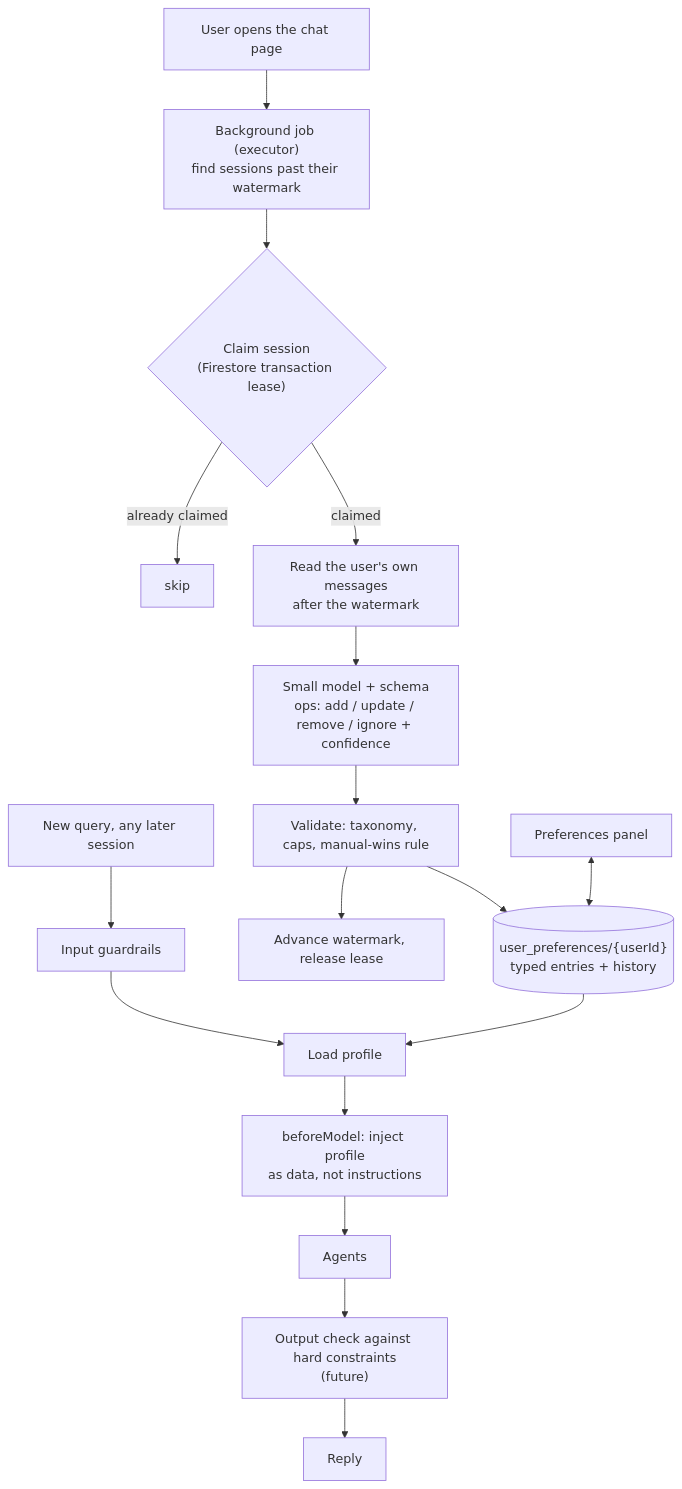
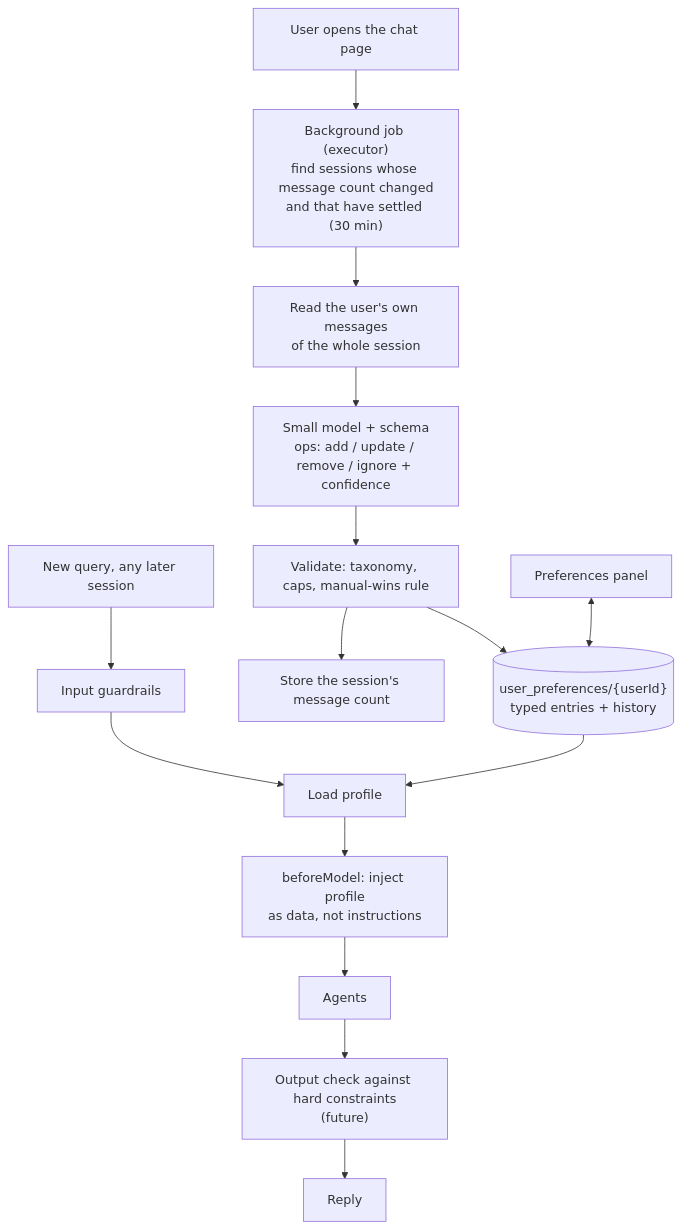
The diagram in docs/design/03-user-preferences-memory.md (Akash-repo/wealth-advisor), drawn with Mermaid before and after one commit. The commit also changed other lines of this file and 1 other file, not shown here.

Commit message:
Simplify the memory designs: message-count change check, no lease, topic-grouped episodes

````diff
--- a/docs/design/03-user-preferences-memory.md
+++ b/docs/design/03-user-preferences-memory.md
@@ -161,21 +168,19 @@
 ```mermaid
 flowchart TD
-    PL[User opens the chat page] --> JOB["Background job (executor)<br/>find sessions past their watermark"]
-    JOB --> LEASE{"Claim session<br/>(Firestore transaction lease)"}
-    LEASE -- already claimed --> SKIP[skip]
-    LEASE -- claimed --> READ["Read the user's own messages<br/>after the watermark"]
+    PL[User opens the chat page] --> JOB["Background job (executor)<br/>find sessions whose message count changed<br/>and that have settled (30 min)"]
+    JOB --> READ["Read the user's own messages<br/>of the whole session"]
     READ --> EXT["Small model + schema<br/>ops: add / update / remove / ignore + confidence"]
     EXT --> VAL["Validate: taxonomy, caps, manual-wins rule"]
     VAL --> PROF[("user_preferences/{userId}<br/>typed entries + history")]
-    VAL --> WM["Advance watermark, release lease"]
+    VAL --> WM["Store the session's message count"]
 
     Q["New query, any later session"] --> GR[Input guardrails]
     GR --> LOAD[Load profile]
     PROF --> LOAD
     LOAD --> INJ["beforeModel: inject profile<br/>as data, not instructions"]
     INJ --> AG[Agents]
     AG --> CHK["Output check against hard constraints<br/>(future)"]
     CHK --> R[Reply]
 
     UI[Preferences panel] <--> PROF
 ```
````
